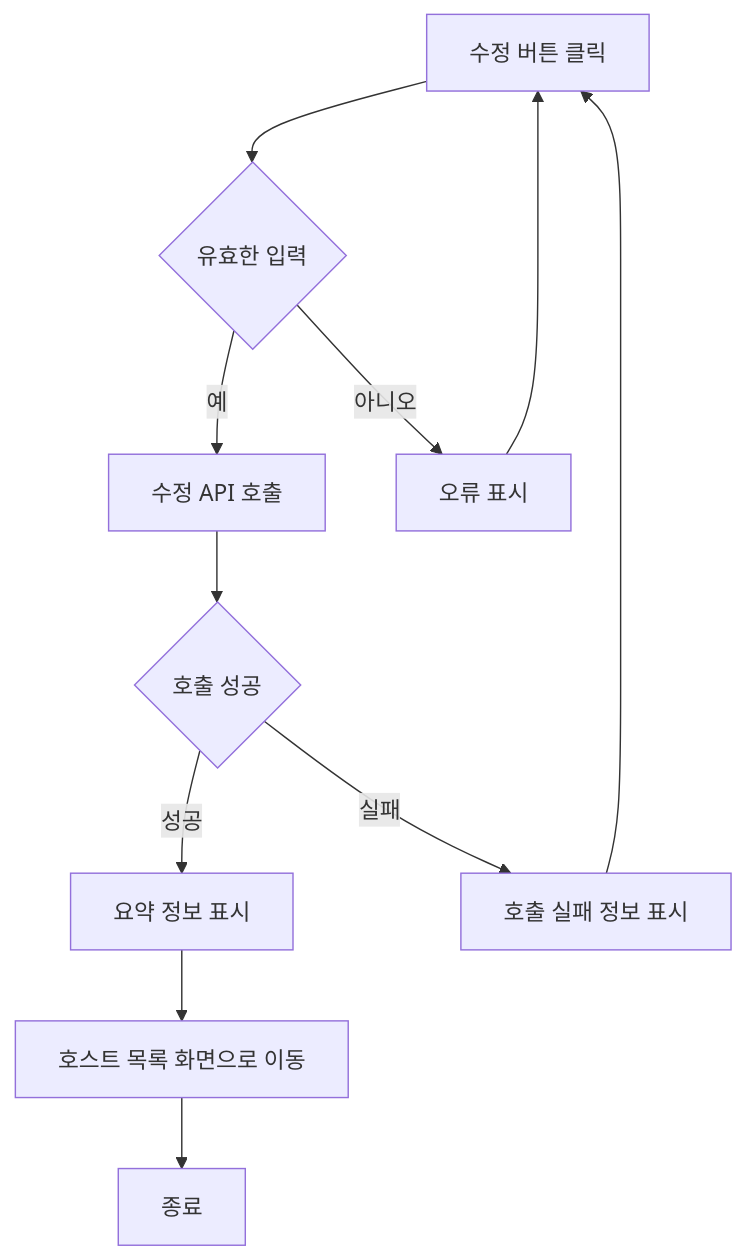
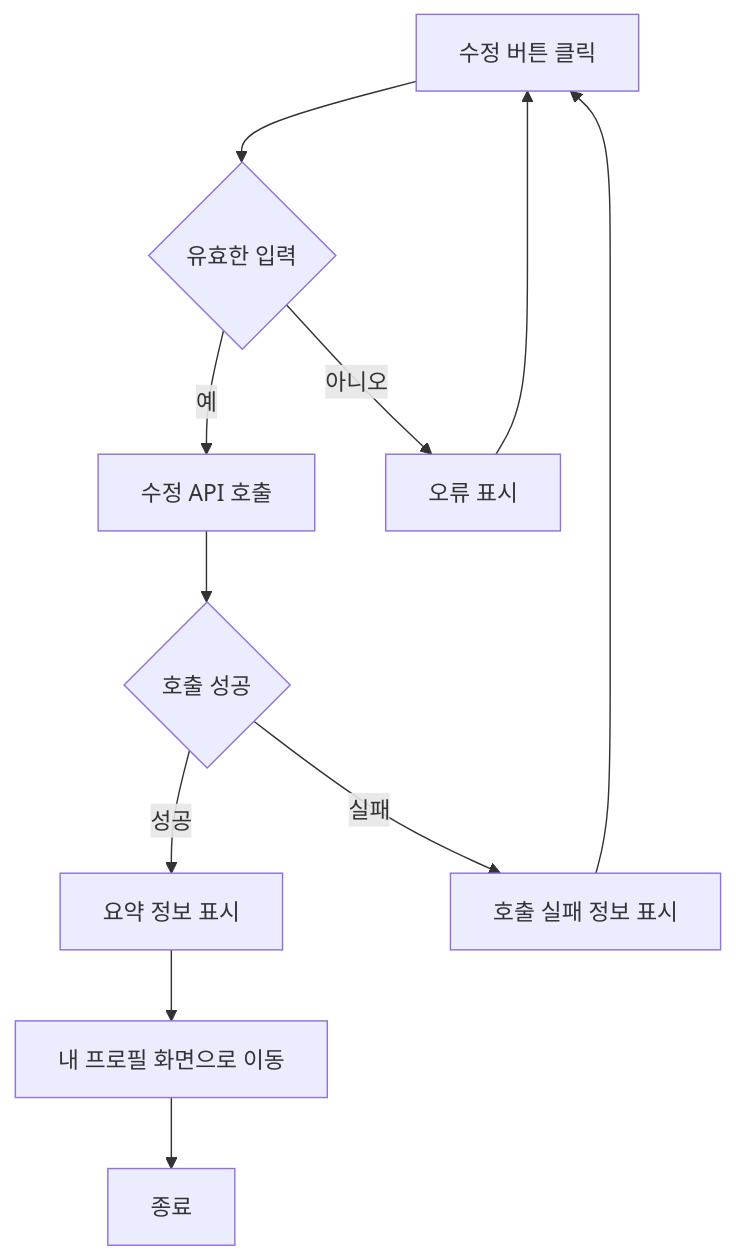
The third of 4 diagrams in design/기능정의서.md (red-dev-Mark/devcamp-onboarding-project-Team-2), drawn with Mermaid before and after one commit. The commit also changed other lines of this file, not shown here.

````diff
--- a/design/기능정의서.md
+++ b/design/기능정의서.md
@@ -103,13 +103,13 @@
 ```mermaid
 flowchart TD
     A[수정 버튼 클릭] --> B[입력 항목 유효성 검증]
     B{유효한 입력} -- 예 --> C[수정 API 호출]
     B{유효한 입력} -- 아니오 --> D[오류 표시]
     D --> A
     C --> E{호출 성공}
     E -- 성공 --> F[요약 정보 표시]
-    F --> G[호스트 목록 화면으로 이동]
+    F --> G[내 프로필 화면으로 이동]
     E -- 실패 --> H[호출 실패 정보 표시]
     H --> A
     G --> Z[종료]
 ```
````
